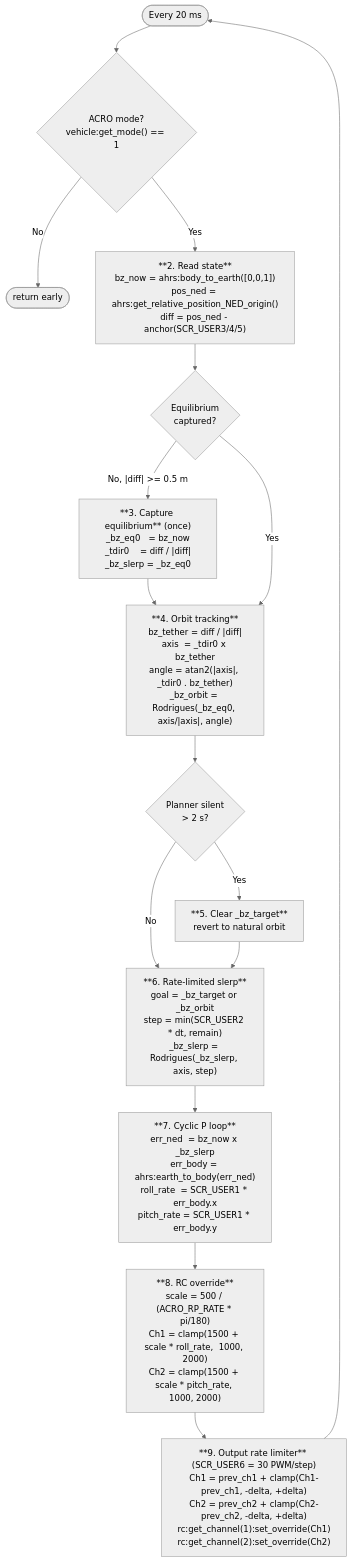
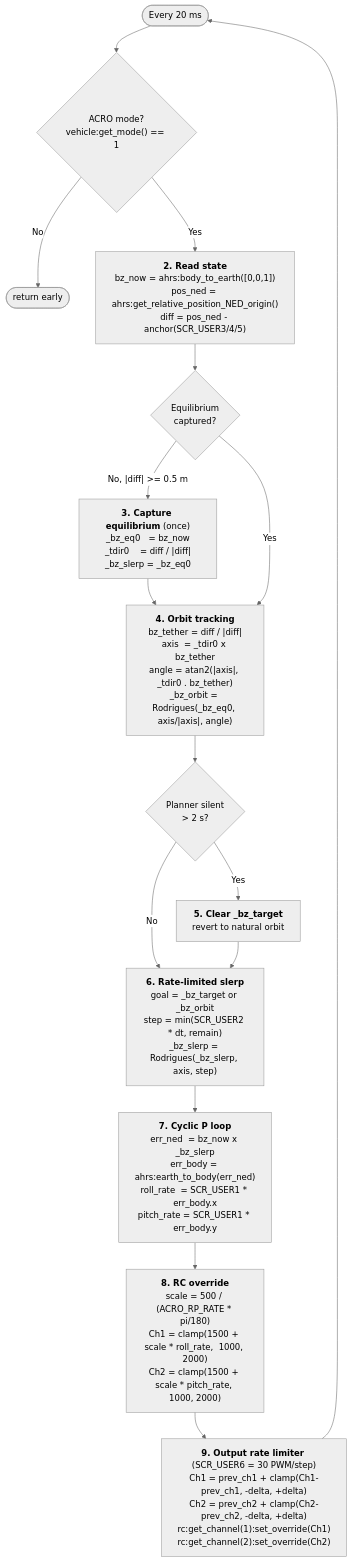
The third of 3 diagrams in system/stack.md (mcroomp/windpower), drawn with Mermaid (neutral theme) before and after one commit. The commit also changed other lines of this file, not shown here.

Commit message:
made diagrams nicer

````diff
--- a/system/stack.md
+++ b/system/stack.md
@@ -311,23 +311,23 @@
 ```mermaid
 flowchart TD
     START(["Every 20 ms"]) --> GUARD{"ACRO mode?<BR/>vehicle:get_mode() == 1"}
     GUARD -- No --> SKIP(["return early"])
-    GUARD -- Yes --> READ["**2. Read state**<BR/>bz_now = ahrs:body_to_earth([0,0,1])<BR/>pos_ned = ahrs:get_relative_position_NED_origin()<BR/>diff = pos_ned - anchor(SCR_USER3/4/5)"]
+    GUARD -- Yes --> READ["<b>2. Read state</b><BR/>bz_now = ahrs:body_to_earth([0,0,1])<BR/>pos_ned = ahrs:get_relative_position_NED_origin()<BR/>diff = pos_ned - anchor(SCR_USER3/4/5)"]
 
     READ --> CAPT{"Equilibrium<BR/>captured?"}
-    CAPT -- "No, |diff| >= 0.5 m" --> CAPTURE["**3. Capture equilibrium** (once)<BR/>_bz_eq0   = bz_now<BR/>_tdir0    = diff / |diff|<BR/>_bz_slerp = _bz_eq0"]
+    CAPT -- "No, |diff| >= 0.5 m" --> CAPTURE["<b>3. Capture equilibrium</b> (once)<BR/>_bz_eq0   = bz_now<BR/>_tdir0    = diff / |diff|<BR/>_bz_slerp = _bz_eq0"]
     CAPTURE --> ORBIT
-    CAPT -- Yes --> ORBIT["**4. Orbit tracking**<BR/>bz_tether = diff / |diff|<BR/>axis  = _tdir0 x bz_tether<BR/>angle = atan2(|axis|, _tdir0 . bz_tether)<BR/>_bz_orbit = Rodrigues(_bz_eq0, axis/|axis|, angle)"]
+    CAPT -- Yes --> ORBIT["<b>4. Orbit tracking</b><BR/>bz_tether = diff / |diff|<BR/>axis  = _tdir0 x bz_tether<BR/>angle = atan2(|axis|, _tdir0 . bz_tether)<BR/>_bz_orbit = Rodrigues(_bz_eq0, axis/|axis|, angle)"]
 
     ORBIT --> TIMEOUT{"Planner silent<BR/>> 2 s?"}
-    TIMEOUT -- Yes --> CLEAR["**5. Clear _bz_target**<BR/>revert to natural orbit"]
+    TIMEOUT -- Yes --> CLEAR["<b>5. Clear _bz_target</b><BR/>revert to natural orbit"]
     TIMEOUT -- No --> SLERP
-    CLEAR --> SLERP["**6. Rate-limited slerp**<BR/>goal = _bz_target or _bz_orbit<BR/>step = min(SCR_USER2 * dt, remain)<BR/>_bz_slerp = Rodrigues(_bz_slerp, axis, step)"]
+    CLEAR --> SLERP["<b>6. Rate-limited slerp</b><BR/>goal = _bz_target or _bz_orbit<BR/>step = min(SCR_USER2 * dt, remain)<BR/>_bz_slerp = Rodrigues(_bz_slerp, axis, step)"]
 
-    SLERP --> CYCLIC["**7. Cyclic P loop**<BR/>err_ned  = bz_now x _bz_slerp<BR/>err_body = ahrs:earth_to_body(err_ned)<BR/>roll_rate  = SCR_USER1 * err_body.x<BR/>pitch_rate = SCR_USER1 * err_body.y"]
+    SLERP --> CYCLIC["<b>7. Cyclic P loop</b><BR/>err_ned  = bz_now x _bz_slerp<BR/>err_body = ahrs:earth_to_body(err_ned)<BR/>roll_rate  = SCR_USER1 * err_body.x<BR/>pitch_rate = SCR_USER1 * err_body.y"]
 
-    CYCLIC --> RC["**8. RC override**<BR/>scale = 500 / (ACRO_RP_RATE * pi/180)<BR/>Ch1 = clamp(1500 + scale * roll_rate,  1000, 2000)<BR/>Ch2 = clamp(1500 + scale * pitch_rate, 1000, 2000)"]
+    CYCLIC --> RC["<b>8. RC override</b><BR/>scale = 500 / (ACRO_RP_RATE * pi/180)<BR/>Ch1 = clamp(1500 + scale * roll_rate,  1000, 2000)<BR/>Ch2 = clamp(1500 + scale * pitch_rate, 1000, 2000)"]
 
-    RC --> RLIMIT["**9. Output rate limiter** (SCR_USER6 = 30 PWM/step)<BR/>Ch1 = prev_ch1 + clamp(Ch1-prev_ch1, -delta, +delta)<BR/>Ch2 = prev_ch2 + clamp(Ch2-prev_ch2, -delta, +delta)<BR/>rc:get_channel(1):set_override(Ch1)<BR/>rc:get_channel(2):set_override(Ch2)"]
+    RC --> RLIMIT["<b>9. Output rate limiter</b> (SCR_USER6 = 30 PWM/step)<BR/>Ch1 = prev_ch1 + clamp(Ch1-prev_ch1, -delta, +delta)<BR/>Ch2 = prev_ch2 + clamp(Ch2-prev_ch2, -delta, +delta)<BR/>rc:get_channel(1):set_override(Ch1)<BR/>rc:get_channel(2):set_override(Ch2)"]
     RLIMIT --> START
 ```
````
